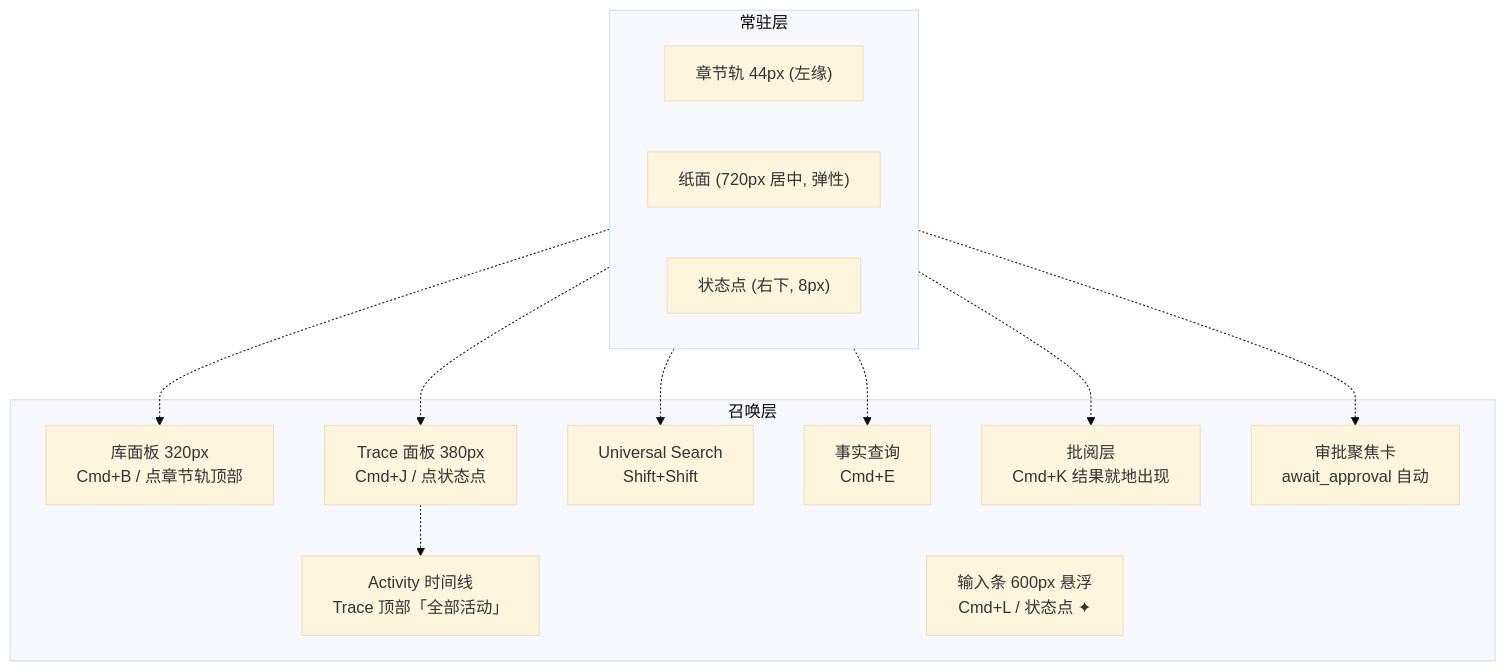
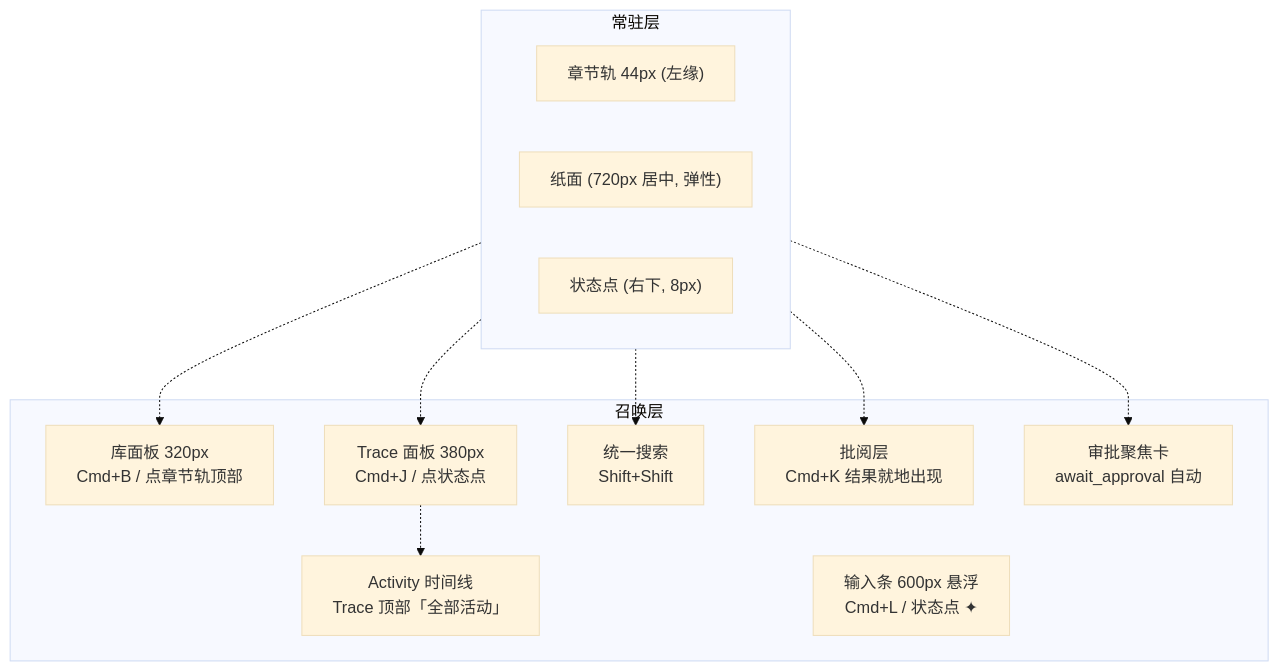
Before and after one commit to jinhuang712/open-novel: the diagram in design/01-main-layout.md, drawn with Mermaid (base theme). The commit also changed other lines of this file and 79 other files, not shown here.

````diff
--- a/design/01-main-layout.md
+++ b/design/01-main-layout.md
@@ -9,26 +9,24 @@
 ```mermaid
 flowchart TB
   subgraph ALWAYS["常驻层"]
     direction LR
     RAIL["章节轨 44px (左缘)"]
     ED["纸面 (720px 居中, 弹性)"]
     DOT["状态点 (右下, 8px)"]
   end
   subgraph SUMMON["召唤层"]
     LIB["库面板 320px<br/>Cmd+B / 点章节轨顶部"]
     TRC["Trace 面板 380px<br/>Cmd+J / 点状态点"]
     ACT["Activity 时间线<br/>Trace 顶部「全部活动」"]
-    US["Universal Search<br/>Shift+Shift"]
-    QRY["事实查询<br/>Cmd+E"]
+    US["统一搜索<br/>Shift+Shift"]
     CMP["输入条 600px 悬浮<br/>Cmd+L / 状态点 ✦"]
     REV["批阅层<br/>Cmd+K 结果就地出现"]
     APP["审批聚焦卡<br/>await_approval 自动"]
   end
   RAIL -.-> LIB
   DOT -.-> TRC
   TRC -.-> ACT
   DOT -.-> APP
   ED -.-> US
-  ED -.-> QRY
   ED -.-> REV
 ```
````
